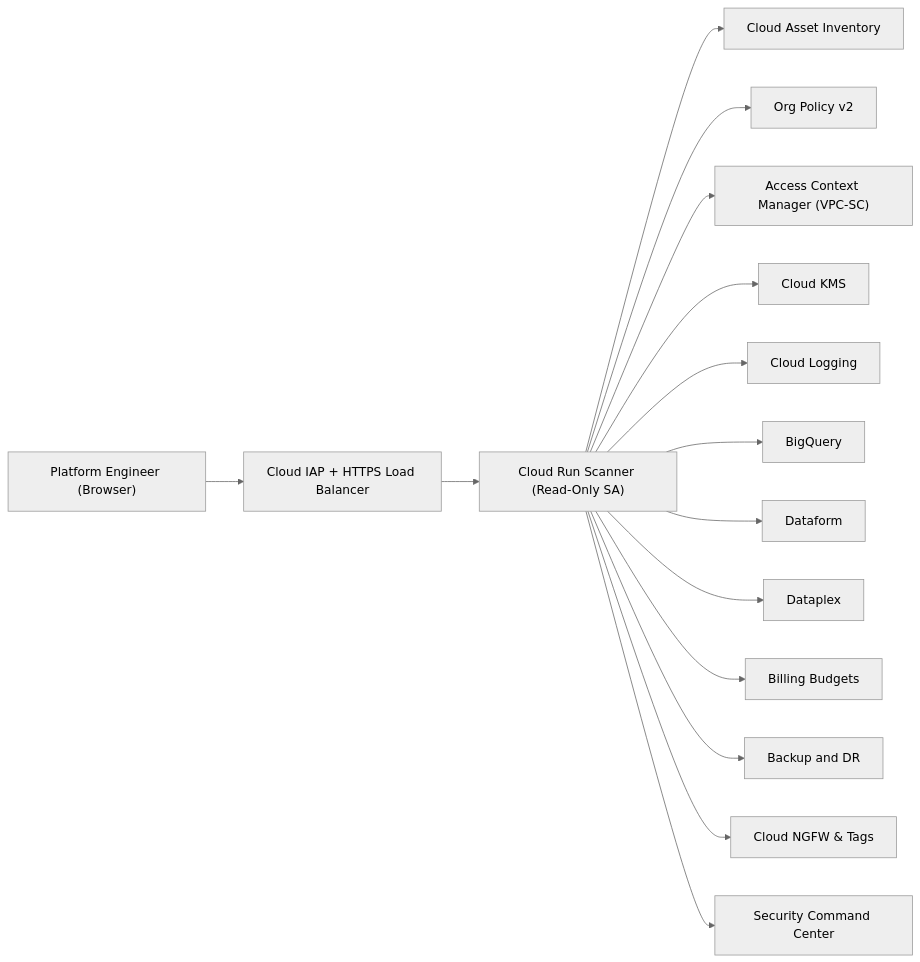
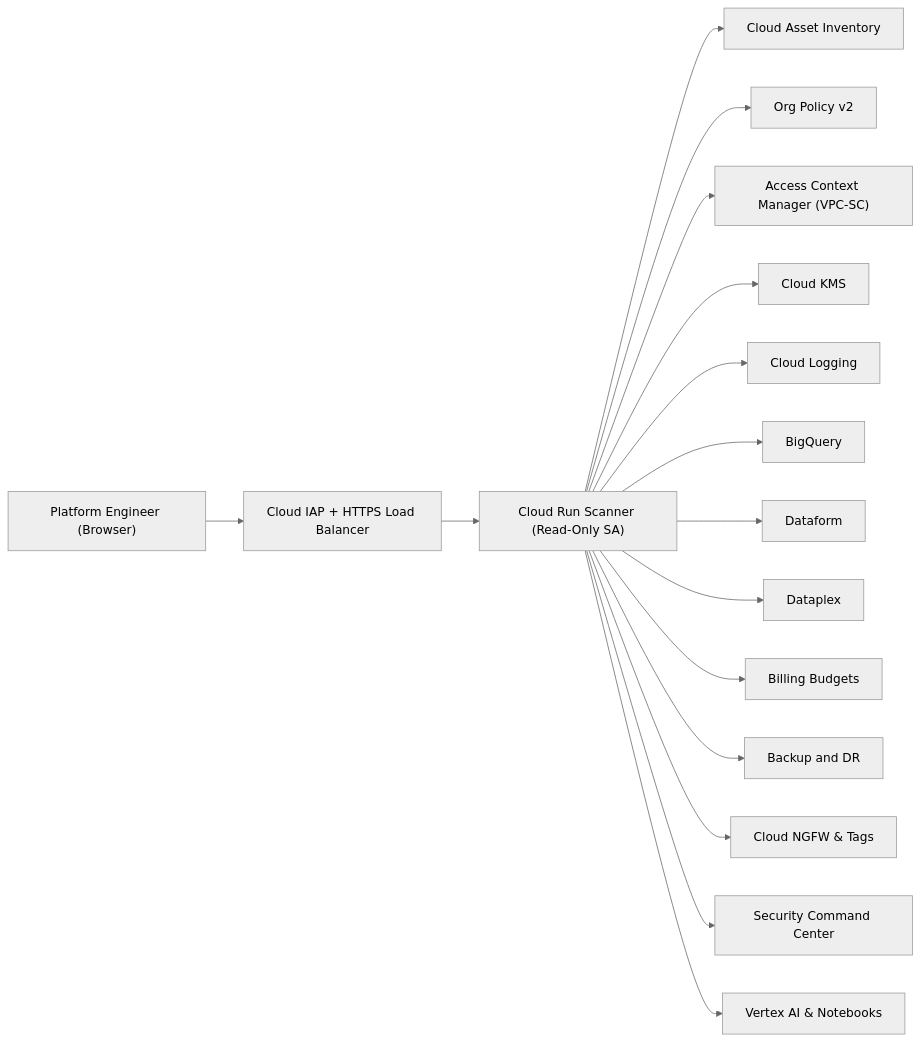
One commit to choo737/gcp-launchpad changed the diagram in docs/03-org-completeness-scanner-design.md. Above: the diagram before and after it, drawn with Mermaid (neutral theme). The commit also changed other lines of this file and 14 other files, not shown here.

````diff
--- a/docs/03-org-completeness-scanner-design.md
+++ b/docs/03-org-completeness-scanner-design.md
@@ -18,17 +19,18 @@
 ```mermaid
 flowchart LR
     U["Platform Engineer (Browser)"] --> IAP["Cloud IAP + HTTPS Load Balancer"]
     IAP --> CR["Cloud Run Scanner (Read-Only SA)"]
     CR --> CAI["Cloud Asset Inventory"]
     CR --> OP["Org Policy v2"]
     CR --> ACM["Access Context Manager (VPC-SC)"]
     CR --> KMS["Cloud KMS"]
     CR --> LOG["Cloud Logging"]
     CR --> BQ["BigQuery"]
     CR --> DF["Dataform"]
     CR --> DP["Dataplex"]
     CR --> BIL["Billing Budgets"]
     CR --> BDR["Backup and DR"]
     CR --> NGFW["Cloud NGFW & Tags"]
     CR --> SCC["Security Command Center"]
+    CR --> VAI["Vertex AI & Notebooks"]
 ```
````
